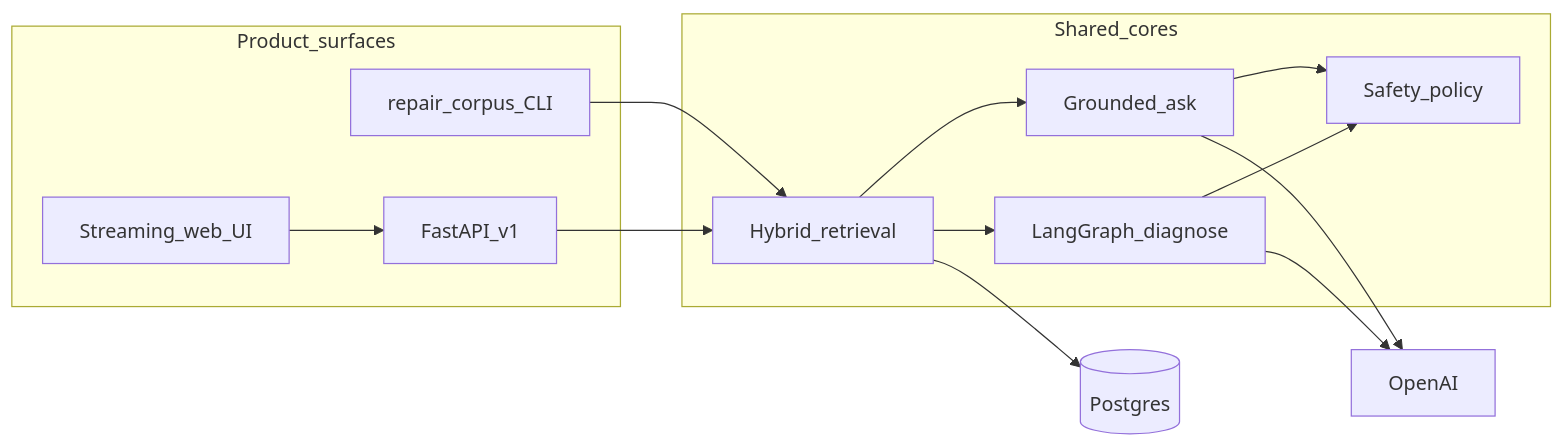
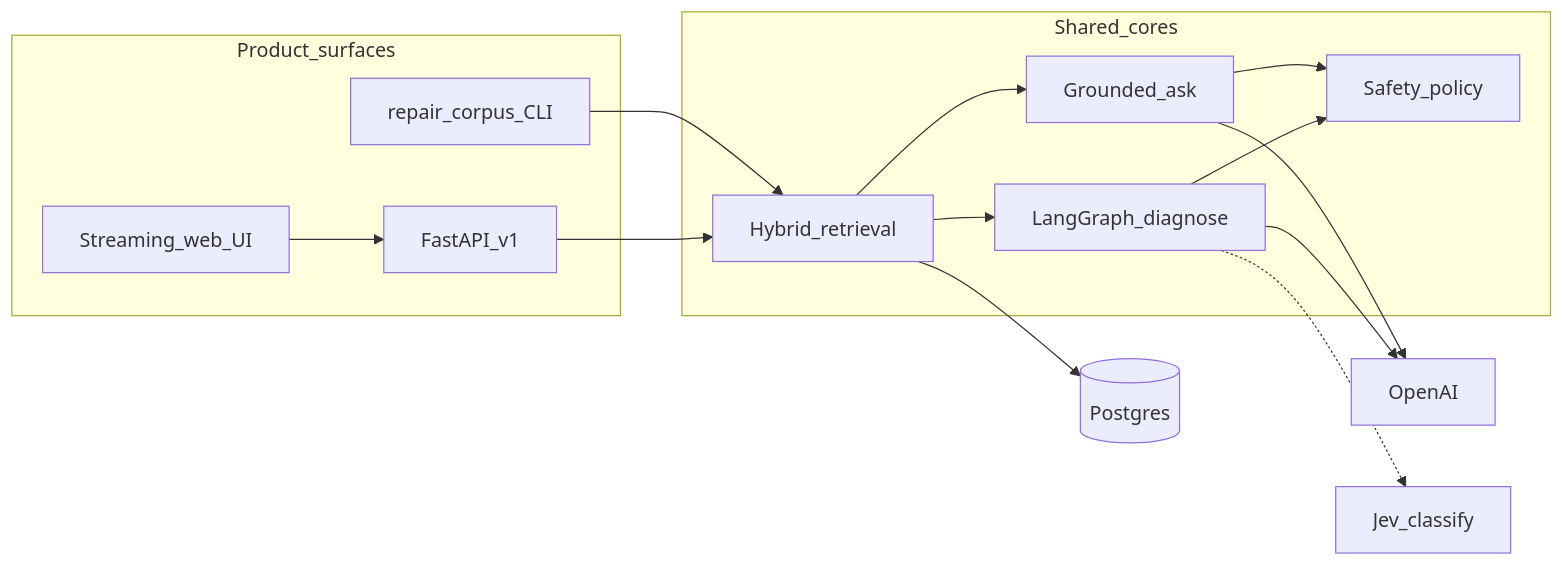
Before and after one commit to raghuram-chittibomma/ai-repair-assistant: the second of 3 diagrams in docs/architecture/01-system-context.md, drawn with Mermaid. The commit also changed other lines of this file and 21 other files, not shown here.

First line of the commit message:
Prefer TypeSafe Jev for diagnose turn classify (ADR-0054).

````diff
--- a/docs/architecture/01-system-context.md
+++ b/docs/architecture/01-system-context.md
@@ -37,27 +40,29 @@
 ```mermaid
 flowchart LR
   subgraph surfaces [Product_surfaces]
     cli[repair_corpus_CLI]
     api[FastAPI_v1]
     ui[Streaming_web_UI]
   end
   subgraph cores [Shared_cores]
     retrieve[Hybrid_retrieval]
     ask[Grounded_ask]
     diag[LangGraph_diagnose]
     safety[Safety_policy]
   end
   pg[(Postgres)]
   openai[OpenAI]
+  jev[Jev_classify]
 
   cli --> retrieve
   api --> retrieve
   ui --> api
   retrieve --> ask
   retrieve --> diag
   ask --> safety
   diag --> safety
   retrieve --> pg
   ask --> openai
   diag --> openai
+  diag -.-> jev
 ```
````
